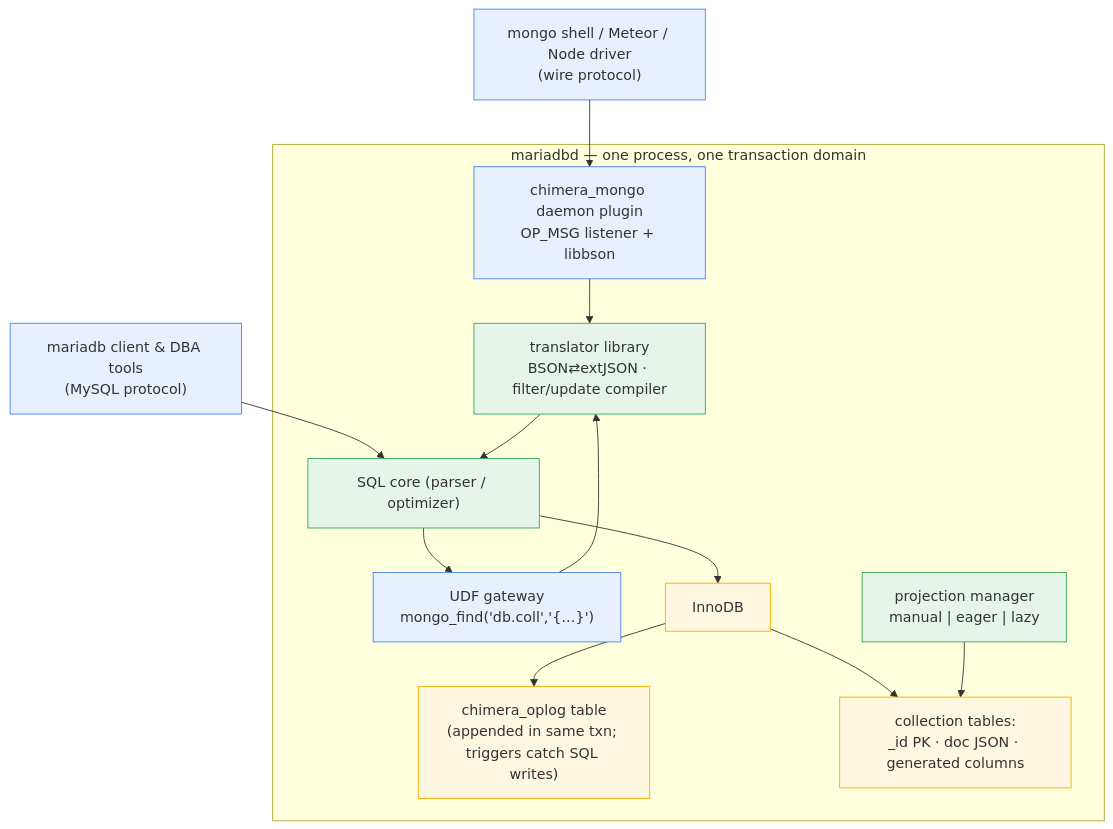
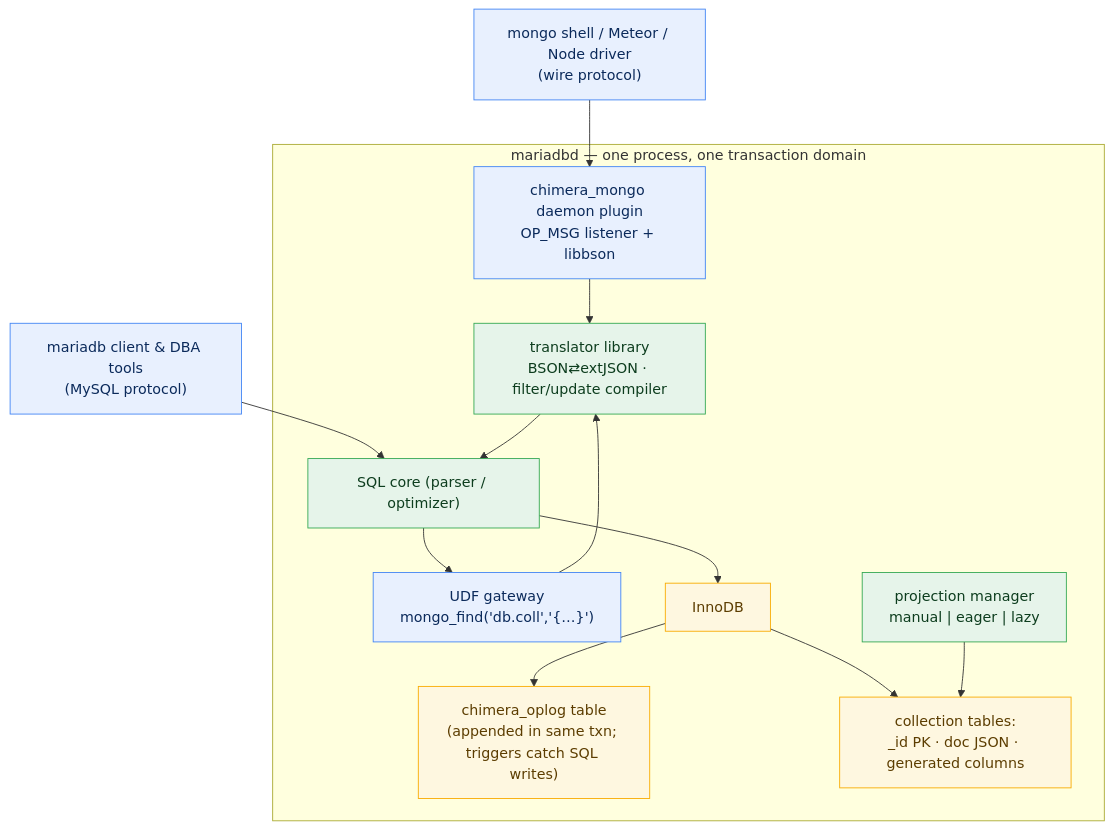
Before and after one commit to mieweb/chimeraDB: the diagram in chimeraDB-plan.md, drawn with Mermaid.

Commit message:
inital plan

````diff
--- a/chimeraDB-plan.md
+++ b/chimeraDB-plan.md
@@ -20,32 +20,33 @@
 ```mermaid
 graph TB
     MongoClients["mongo shell / Meteor / Node driver<br/>(wire protocol)"]
     SQLClients["mariadb client & DBA tools<br/>(MySQL protocol)"]
 
     subgraph MariaDBD ["mariadbd — one process, one transaction domain"]
         WirePlugin["chimera_mongo daemon plugin<br/>OP_MSG listener + libbson"]
         Translator["translator library<br/>BSON⇄extJSON · filter/update compiler"]
         SQLGateway["UDF gateway<br/>mongo_find('db.coll','{…}')"]
         SQLCore["SQL core (parser / optimizer)"]
         Projector["projection manager<br/>manual | eager | lazy"]
         OplogTable["chimera_oplog table<br/>(appended in same txn; triggers catch SQL writes)"]
         InnoDB["InnoDB"]
         DocTables["collection tables:<br/>_id PK · doc JSON · generated columns"]
     end
 
     MongoClients --> WirePlugin --> Translator
     SQLClients --> SQLCore
     SQLCore --> SQLGateway --> Translator
     Translator --> SQLCore
     SQLCore --> InnoDB
     InnoDB --> DocTables
     InnoDB --> OplogTable
     Projector --> DocTables
 
-    classDef head fill:#e8f0fe,stroke:#4285f4
-    classDef core fill:#e6f4ea,stroke:#34a853
-    classDef store fill:#fef7e0,stroke:#f9ab00
+    %% fixed fill + explicit dark text so nodes stay readable in both light and dark themes
+    classDef head fill:#e8f0fe,stroke:#4285f4,color:#0b2a5b
+    classDef core fill:#e6f4ea,stroke:#34a853,color:#0d3d1e
+    classDef store fill:#fef7e0,stroke:#f9ab00,color:#5c3d00
     class MongoClients,SQLClients,WirePlugin,SQLGateway head
     class Translator,SQLCore,Projector core
     class InnoDB,DocTables,OplogTable store
 ```
````
